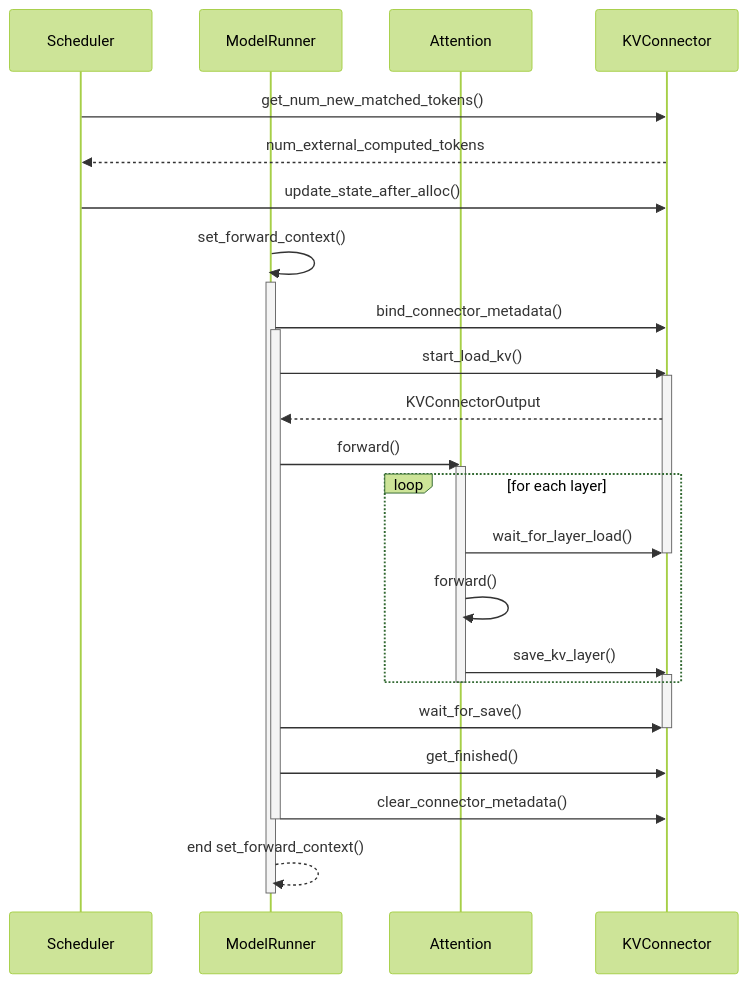
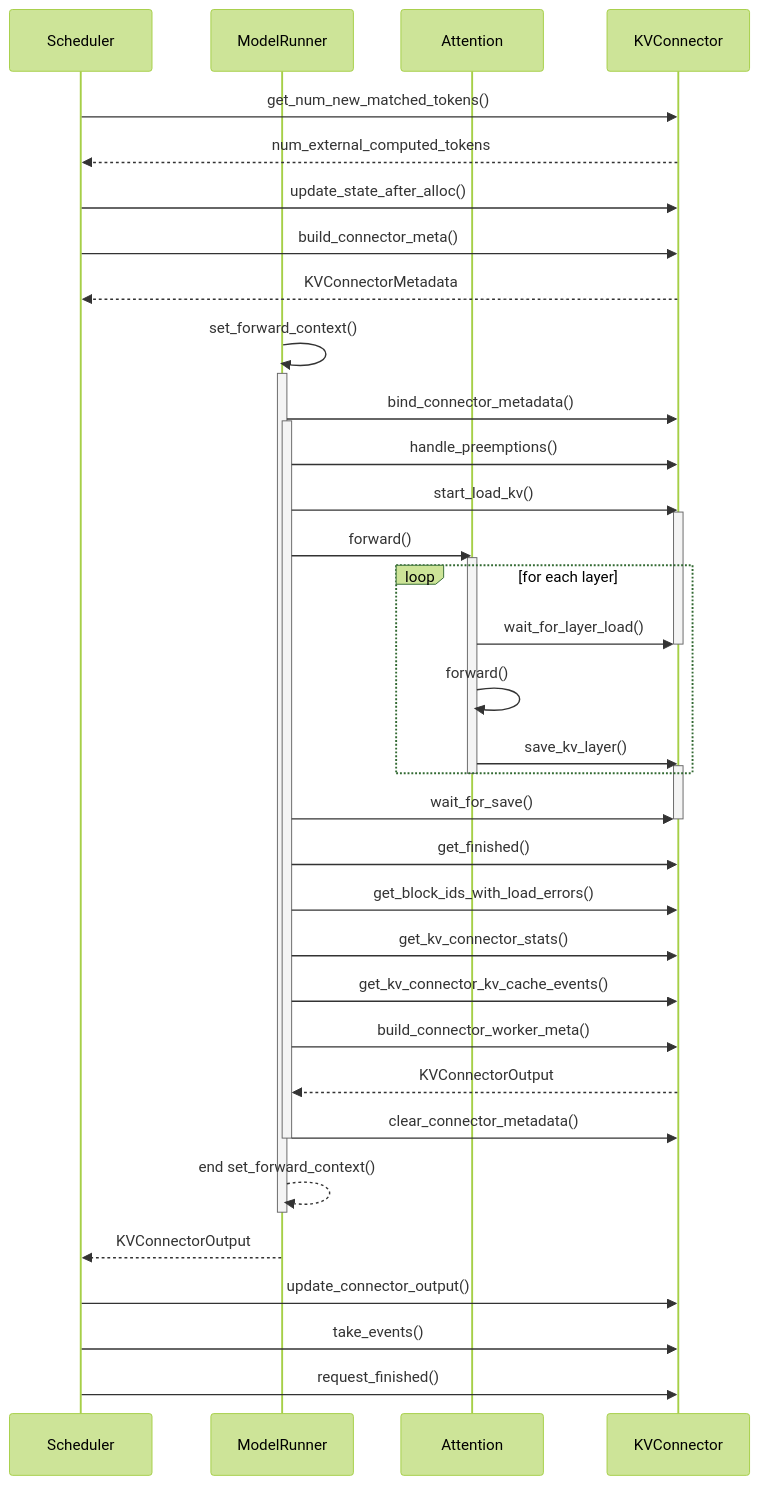
One commit to hhk7734/wiki changed the second of 3 diagrams in docs/infrastructure/ai-platform/vllm/kvcache.mdx. Above: the diagram before and after it, drawn with Mermaid (forest theme). The commit also changed other lines of this file and 13 other files, not shown here.

````diff
--- a/docs/infrastructure/ai-platform/vllm/kvcache.mdx
+++ b/docs/infrastructure/ai-platform/vllm/kvcache.mdx
@@ -98,44 +137,57 @@
 ```mermaid
 sequenceDiagram
   participant Scheduler
   participant ModelRunner
   participant Attention
   participant KVConnector
 
   Scheduler ->> KVConnector: get_num_new_matched_tokens()
   KVConnector -->> Scheduler: num_external_computed_tokens
 
   Scheduler ->> KVConnector: update_state_after_alloc()
+  Scheduler ->> KVConnector: build_connector_meta()
+  KVConnector -->> Scheduler: KVConnectorMetadata
 
   ModelRunner ->> ModelRunner: set_forward_context()
   activate ModelRunner
 
   ModelRunner ->> KVConnector: bind_connector_metadata()
   activate ModelRunner
 
+  ModelRunner ->> KVConnector: handle_preemptions()
+
   ModelRunner ->> KVConnector: start_load_kv()
   activate KVConnector
-  KVConnector -->> ModelRunner: KVConnectorOutput
 
   ModelRunner ->> Attention: forward()
   activate Attention
   loop for each layer
     Attention ->> KVConnector: wait_for_layer_load()
     deactivate KVConnector
     Attention ->> Attention: forward()
     Attention ->> KVConnector: save_kv_layer()
     activate KVConnector
   end
   deactivate Attention
 
   ModelRunner ->> KVConnector: wait_for_save()
   deactivate KVConnector
 
   ModelRunner ->> KVConnector: get_finished()
+  ModelRunner ->> KVConnector: get_block_ids_with_load_errors()
+  ModelRunner ->> KVConnector: get_kv_connector_stats()
+  ModelRunner ->> KVConnector: get_kv_connector_kv_cache_events()
+  ModelRunner ->> KVConnector: build_connector_worker_meta()
+  KVConnector -->> ModelRunner: KVConnectorOutput
 
   ModelRunner ->> KVConnector: clear_connector_metadata()
   deactivate ModelRunner
 
   ModelRunner -->> ModelRunner: end set_forward_context()
   deactivate ModelRunner
+
+  ModelRunner -->> Scheduler: KVConnectorOutput
+  Scheduler ->> KVConnector: update_connector_output()
+  Scheduler ->> KVConnector: take_events()
+  Scheduler ->> KVConnector: request_finished()
 ```
````
